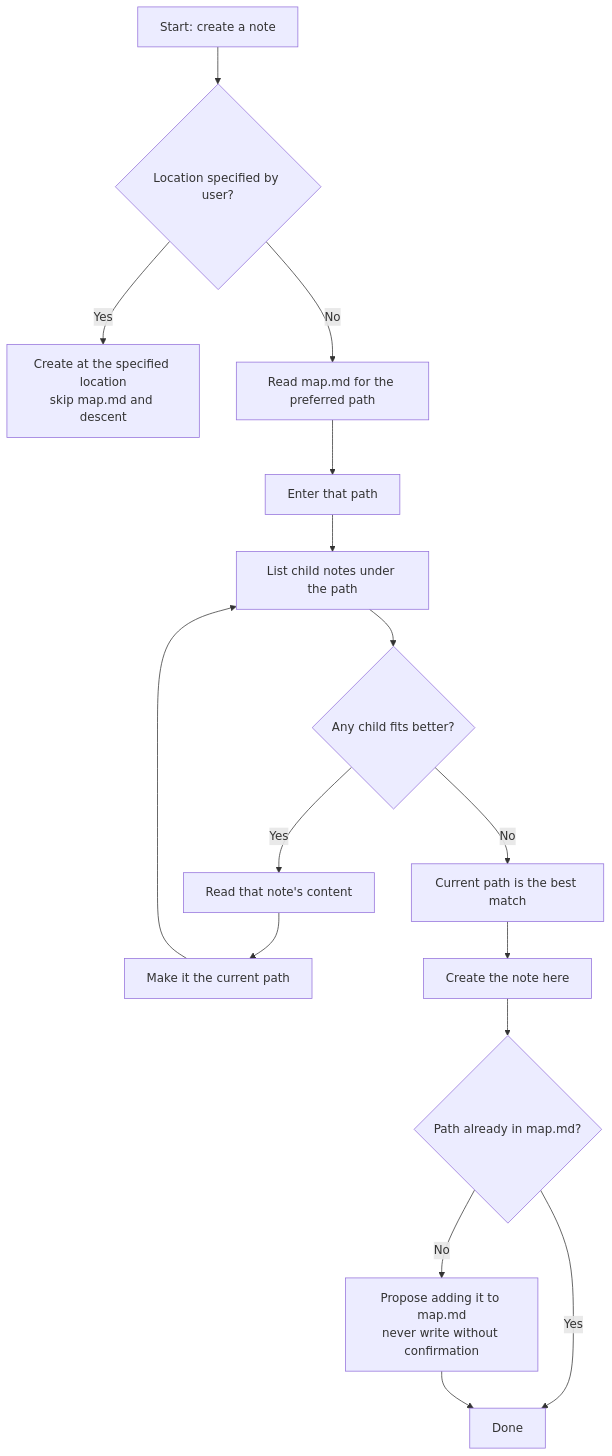
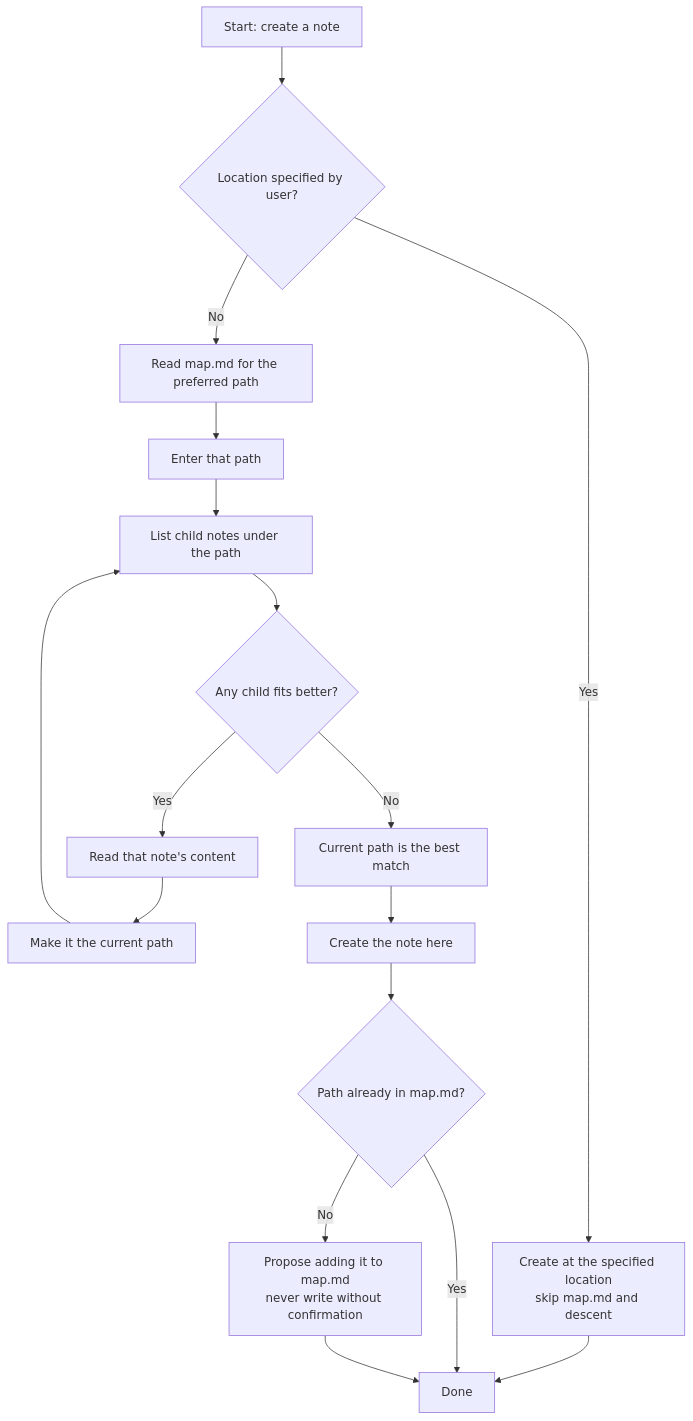
One commit to wmy2981/skills changed the second of 2 diagrams in personal-siyuan-standards/SKILL.md. Above: the diagram before and after it, drawn with Mermaid. The commit also changed other lines of this file and 1 other file, not shown here.

````diff
--- a/personal-siyuan-standards/SKILL.md
+++ b/personal-siyuan-standards/SKILL.md
@@ -150,18 +151,19 @@
 ```mermaid
 graph TD
     A[Start: create a note] --> A1{Location specified by user?}
     A1 -- Yes --> A2[Create at the specified location<br/>skip map.md and descent]
+    A2 --> L[Done]
     A1 -- No --> B[Read map.md for the preferred path]
     B --> C[Enter that path]
     C --> D[List child notes under the path]
     D --> E{Any child fits better?}
     E -- Yes --> F[Read that note's content]
     F --> G[Make it the current path]
     G --> D
     E -- No --> H[Current path is the best match]
     H --> I[Create the note here]
     I --> J{Path already in map.md?}
     J -- No --> K[Propose adding it to map.md<br/>never write without confirmation]
     J -- Yes --> L[Done]
     K --> L
 ```
````
